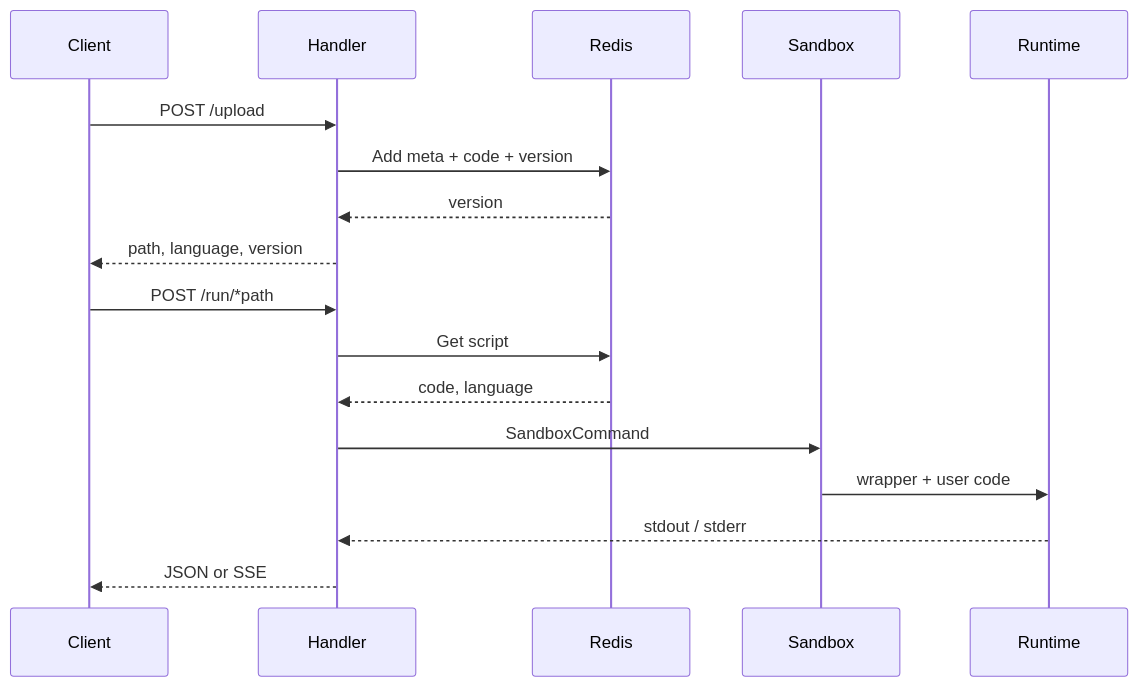
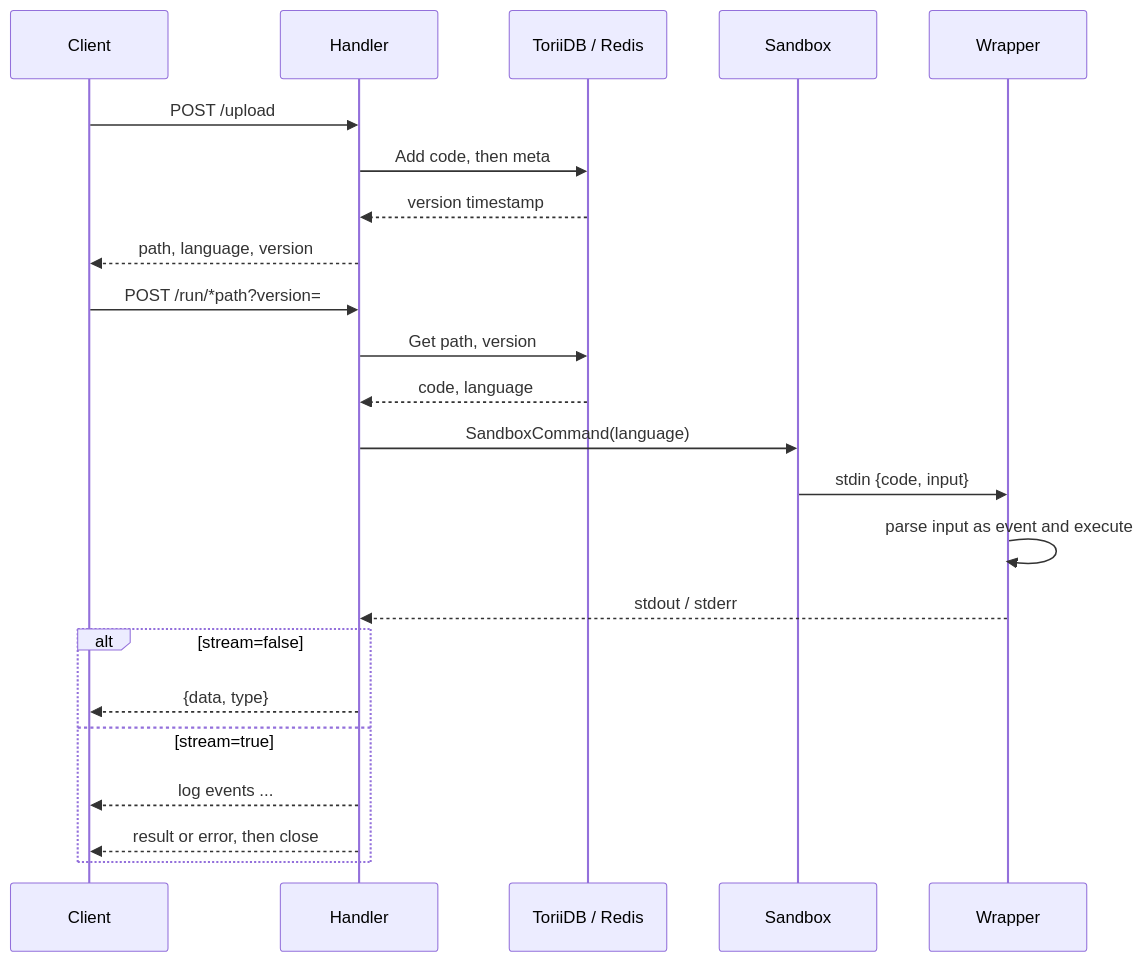
One commit to pardnchiu/HakoRun changed the ninth of 10 diagrams in doc/architecture.md. Above: the diagram before and after it, drawn with Mermaid. The commit also changed other lines of this file and 17 other files, not shown here.

````diff
--- a/doc/architecture.md
+++ b/doc/architecture.md
@@ -100,19 +179,25 @@
 ```mermaid
 sequenceDiagram
     participant Client
     participant Handler
-    participant Redis
+    participant Store as ToriiDB / Redis
     participant Sandbox
-    participant Runtime
+    participant Wrapper
     Client->>Handler: POST /upload
-    Handler->>Redis: Add meta + code + version
-    Redis-->>Handler: version
+    Handler->>Store: Add code, then meta
+    Store-->>Handler: version timestamp
     Handler-->>Client: path, language, version
-    Client->>Handler: POST /run/*path
-    Handler->>Redis: Get script
-    Redis-->>Handler: code, language
-    Handler->>Sandbox: SandboxCommand
-    Sandbox->>Runtime: wrapper + user code
-    Runtime-->>Handler: stdout / stderr
-    Handler-->>Client: JSON or SSE
+    Client->>Handler: POST /run/*path?version=
+    Handler->>Store: Get path, version
+    Store-->>Handler: code, language
+    Handler->>Sandbox: SandboxCommand(language)
+    Sandbox->>Wrapper: stdin {code, input}
+    Wrapper->>Wrapper: parse input as event and execute
+    Wrapper-->>Handler: stdout / stderr
+    alt stream=false
+        Handler-->>Client: {data, type}
+    else stream=true
+        Handler-->>Client: log events ...
+        Handler-->>Client: result or error, then close
+    end
 ```
````
